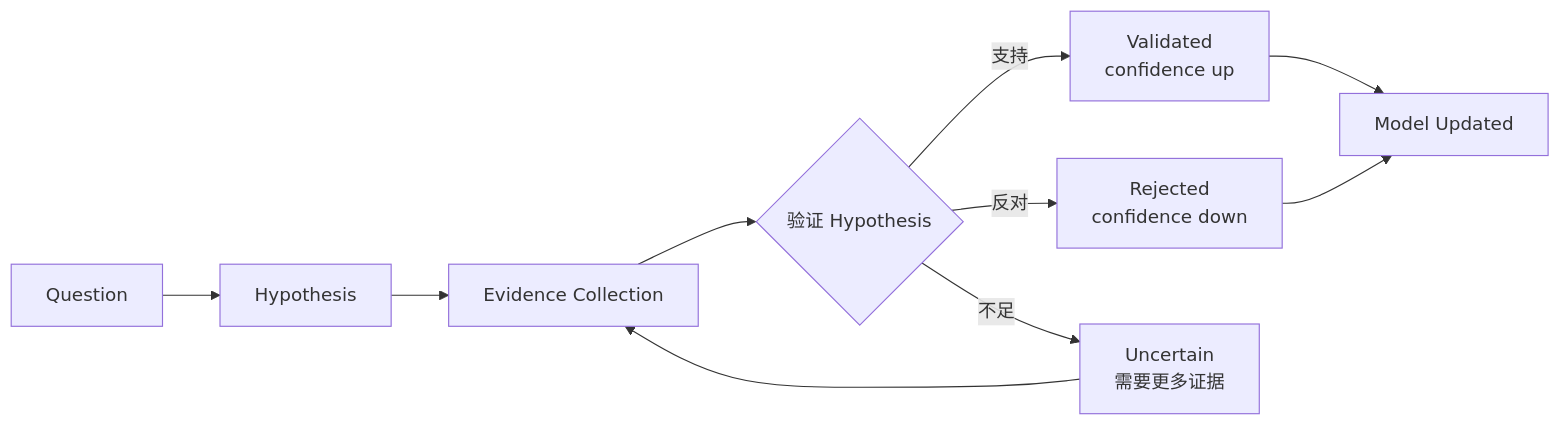
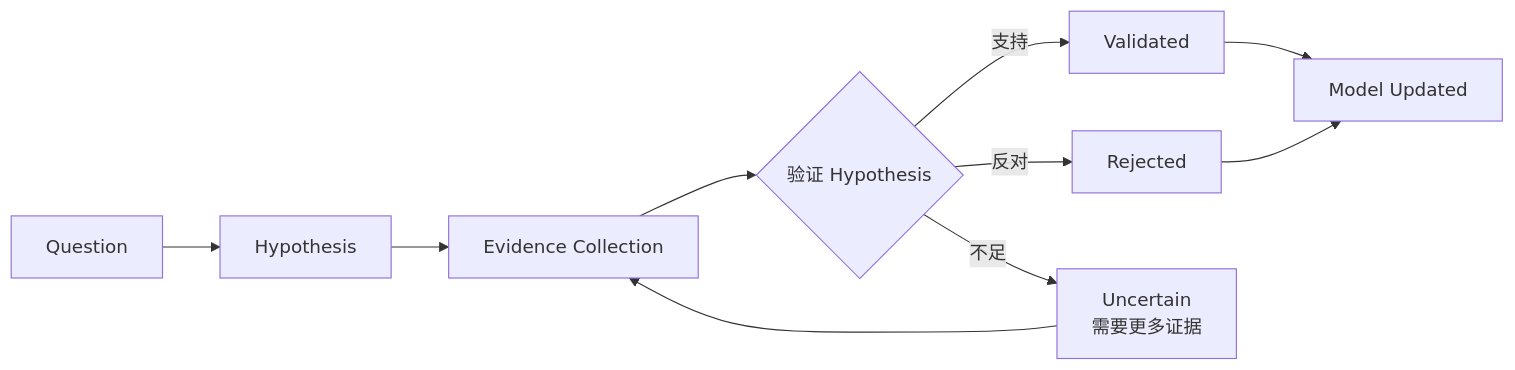
Before and after one commit to devweekly/devweekly.github.io: the second of 2 diagrams in .trae/skills/repo-arch-engineering/SKILL.md, drawn with Mermaid. The commit also changed other lines of this file and 4 other files, not shown here.

````diff
--- a/.trae/skills/repo-arch-engineering/SKILL.md
+++ b/.trae/skills/repo-arch-engineering/SKILL.md
@@ -190,12 +129,12 @@
 ```mermaid
 flowchart LR
     Q[Question] --> H[Hypothesis]
     H --> E[Evidence Collection]
     E --> V{验证 Hypothesis}
-    V -->|支持| VC[Validated<br/>confidence up]
-    V -->|反对| VR[Rejected<br/>confidence down]
+    V -->|支持| VC[Validated]
+    V -->|反对| VR[Rejected]
     V -->|不足| VU[Uncertain<br/>需要更多证据]
     VC --> MU[Model Updated]
     VR --> MU
     VU --> E
 ```
````
